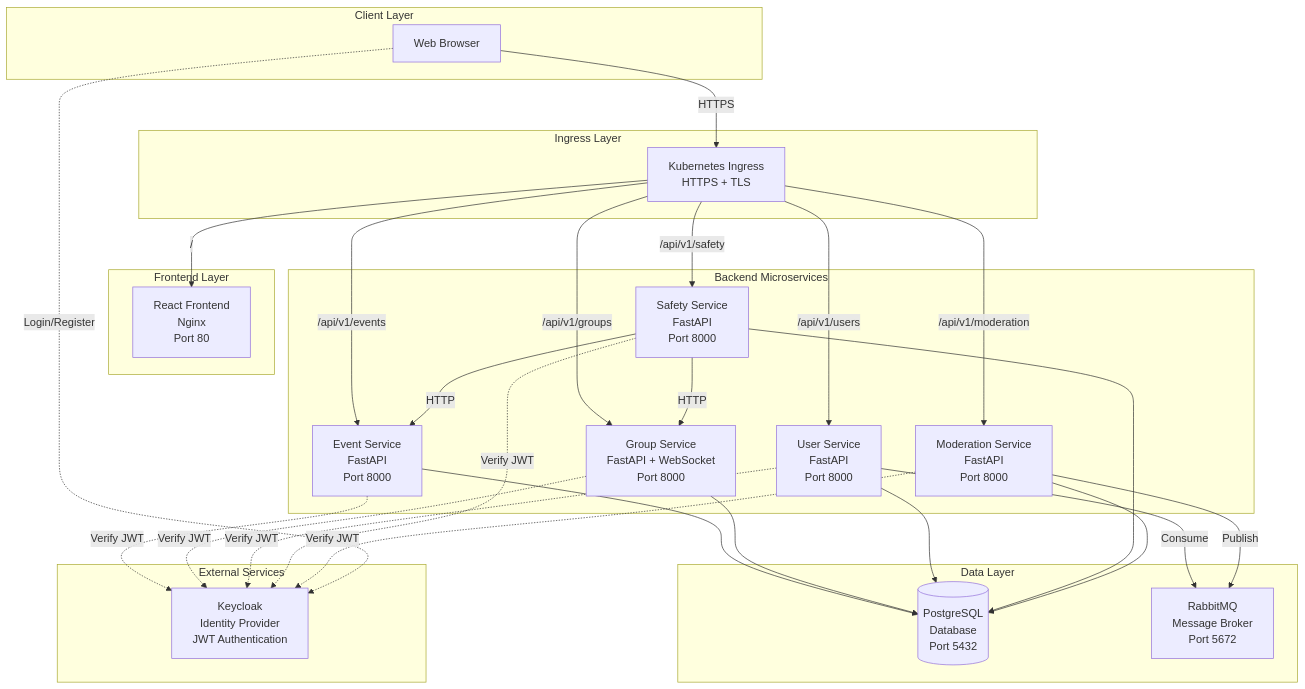
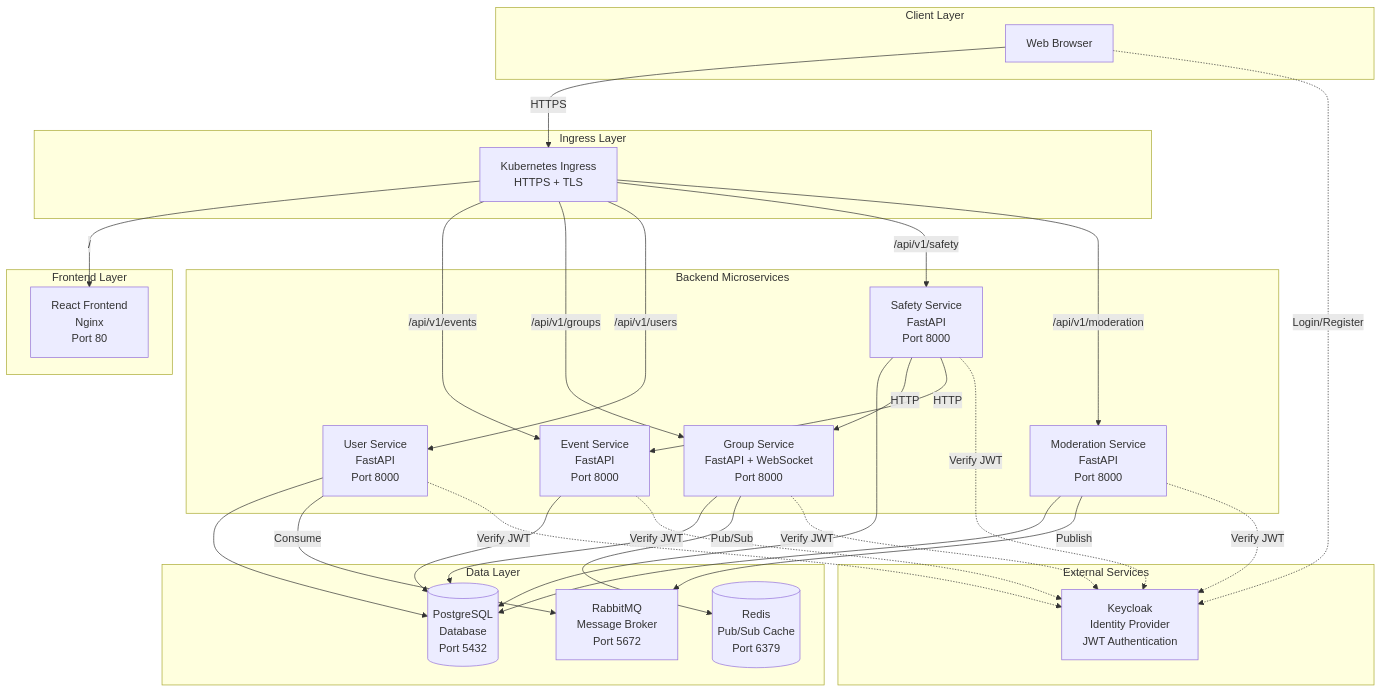
Before and after one commit to TitouanPastor/CrewUp: the first of 7 diagrams in Report/architecture.md, drawn with Mermaid. The commit also changed other lines of this file and 2 other files, not shown here.

Commit message:
report: added redis to mardowns files

````diff
--- a/Report/architecture.md
+++ b/Report/architecture.md
@@ -94,58 +101,61 @@
 ```mermaid
 graph TB
     subgraph "Client Layer"
         Browser[Web Browser]
     end
 
     subgraph "Ingress Layer"
         Ingress[Kubernetes Ingress<br/>HTTPS + TLS]
     end
 
     subgraph "Frontend Layer"
         FrontendApp[React Frontend<br/>Nginx<br/>Port 80]
     end
 
     subgraph "Backend Microservices"
         Event[Event Service<br/>FastAPI<br/>Port 8000]
         Group[Group Service<br/>FastAPI + WebSocket<br/>Port 8000]
         User[User Service<br/>FastAPI<br/>Port 8000]
         Safety[Safety Service<br/>FastAPI<br/>Port 8000]
         Moderation[Moderation Service<br/>FastAPI<br/>Port 8000]
     end
 
     subgraph "Data Layer"
         PostgreSQL[(PostgreSQL<br/>Database<br/>Port 5432)]
         RabbitMQ[RabbitMQ<br/>Message Broker<br/>Port 5672]
+        Redis[(Redis<br/>Pub/Sub Cache<br/>Port 6379)]
     end
 
     subgraph "External Services"
         Keycloak[Keycloak<br/>Identity Provider<br/>JWT Authentication]
     end
 
     Browser -->|HTTPS| Ingress
     Ingress -->|/| FrontendApp
     Ingress -->|/api/v1/events| Event
     Ingress -->|/api/v1/groups| Group
     Ingress -->|/api/v1/users| User
     Ingress -->|/api/v1/safety| Safety
     Ingress -->|/api/v1/moderation| Moderation
 
     Event --> PostgreSQL
     Group --> PostgreSQL
     User --> PostgreSQL
     Safety --> PostgreSQL
     Moderation --> PostgreSQL
 
     User -->|Consume| RabbitMQ
     Moderation -->|Publish| RabbitMQ
 
+    Group -->|Pub/Sub| Redis
+
     Safety -->|HTTP| Group
     Safety -->|HTTP| Event
 
     Event -.->|Verify JWT| Keycloak
     Group -.->|Verify JWT| Keycloak
     User -.->|Verify JWT| Keycloak
     Safety -.->|Verify JWT| Keycloak
     Moderation -.->|Verify JWT| Keycloak
     Browser -.->|Login/Register| Keycloak
 ```
````
